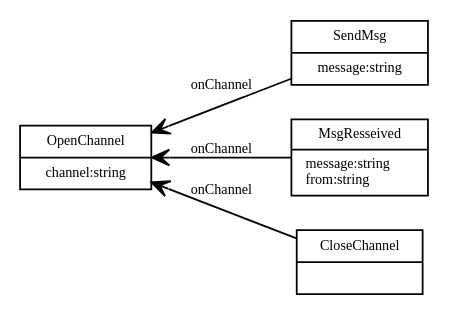
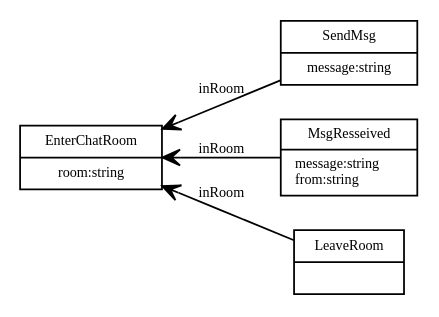
The first of 2 diagrams in doc/source/tutorials/model-rest-turtle.rst (ktbs/ktbs), drawn with Graphviz before and after one commit. The commit also changed other lines of this file and 3 other files, not shown here.

```diff
--- a/doc/source/tutorials/model-rest-turtle.rst
+++ b/doc/source/tutorials/model-rest-turtle.rst
@@ -17,17 +17,17 @@
 .. graphviz::
 
    digraph {
      rankdir = RL
      node [ shape = "record", fontsize = 8 ]
      edge [ fontsize = 8, arrowhead = "open" ]
 
-     OpenChannel [ label = "OpenChannel|channel:string" ]
+     EnterChatRoom [ label = "EnterChatRoom|room:string" ]
      SendMsg [ label = "SendMsg|message:string" ]
      MsgReceived [ label = "MsgResseived|message:string\lfrom:string\l" ]
-     CloseChannel [ label = "CloseChannel|" ]
-    
-     SendMsg -> OpenChannel [ label = "onChannel" ]
-     MsgReceived -> OpenChannel [ label = "onChannel" ]
-     CloseChannel -> OpenChannel [ label = "onChannel" ]
-     
+     LeaveRoom [ label = "LeaveRoom|" ]
+
+     SendMsg -> EnterChatRoom [ label = "inRoom" ]
+     MsgReceived -> EnterChatRoom [ label = "inRoom" ]
+     LeaveRoom -> EnterChatRoom [ label = "inRoom" ]
+
    }
```
